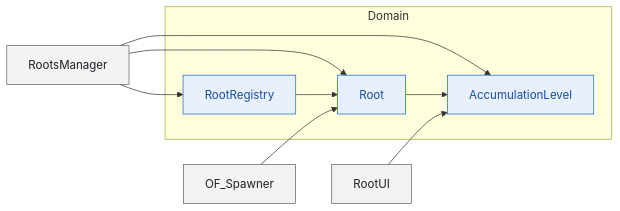
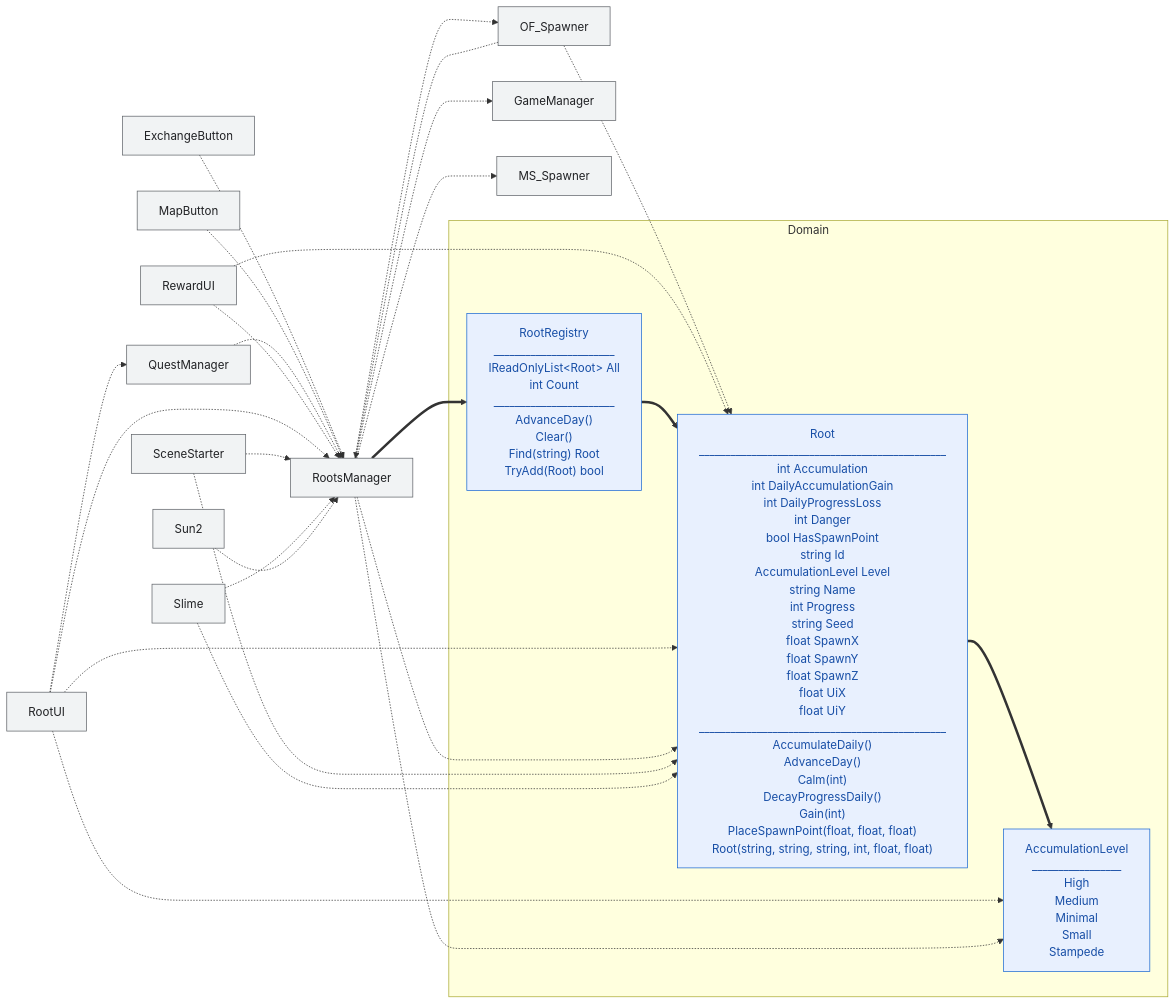
The diagram in docs/dependencies-diagrams/roots.md (hukahirame/memorial-frontland), drawn with Mermaid before and after one commit. The commit also changed other lines of this file and 18 other files, not shown here.

First line of the commit message:
refactor: 現状図を生成物にし、全62型を11の関心事に割り当てる

````diff
--- a/docs/dependencies-diagrams/roots.md
+++ b/docs/dependencies-diagrams/roots.md
@@ -10,23 +12,49 @@
 ```mermaid
 graph LR
   subgraph Domain
-    RootRegistry
-    Root
-    AccumulationLevel
+    AccumulationLevel["AccumulationLevel<br/>_________________<br/>High<br/>Medium<br/>Minimal<br/>Small<br/>Stampede"]
+    Root["Root<br/>_______________________________________________<br/>int Accumulation<br/>int DailyAccumulationGain<br/>int DailyProgressLoss<br/>int Danger<br/>bool HasSpawnPoint<br/>string Id<br/>AccumulationLevel Level<br/>string Name<br/>int Progress<br/>string Seed<br/>float SpawnX<br/>float SpawnY<br/>float SpawnZ<br/>float UiX<br/>float UiY<br/>_______________________________________________<br/>AccumulateDaily()<br/>AdvanceDay()<br/>Calm(int)<br/>DecayProgressDaily()<br/>Gain(int)<br/>PlaceSpawnPoint(float, float, float)<br/>Root(string, string, string, int, float, float)"]
+    RootRegistry["RootRegistry<br/>_______________________<br/>IReadOnlyList&lt;Root&gt; All<br/>int Count<br/>_______________________<br/>AdvanceDay()<br/>Clear()<br/>Find(string) Root<br/>TryAdd(Root) bool"]
   end
+  ExchangeButton
+  GameManager
+  MS_Spawner
+  MapButton
+  OF_Spawner
+  QuestManager
+  RewardUI
+  RootUI
   RootsManager
-  RootUI
-  OF_Spawner
-  RootsManager --> RootRegistry
-  RootsManager --> Root
-  RootsManager --> AccumulationLevel
-  RootUI --> AccumulationLevel
-  OF_Spawner --> Root
-  RootRegistry --> Root
-  Root --> AccumulationLevel
+  SceneStarter
+  Slime
+  Sun2
+  ExchangeButton -.-> RootsManager
+  MapButton -.-> RootsManager
+  OF_Spawner -.-> Root
+  OF_Spawner -.-> RootsManager
+  QuestManager -.-> RootsManager
+  RewardUI -.-> Root
+  RewardUI -.-> RootsManager
+  Root ==> AccumulationLevel
+  RootRegistry ==> Root
+  RootUI -.-> AccumulationLevel
+  RootUI -.-> QuestManager
+  RootUI -.-> Root
+  RootUI -.-> RootsManager
+  RootsManager -.-> AccumulationLevel
+  RootsManager -.-> GameManager
+  RootsManager -.-> MS_Spawner
+  RootsManager -.-> OF_Spawner
+  RootsManager -.-> Root
+  RootsManager ==> RootRegistry
+  SceneStarter -.-> Root
+  SceneStarter -.-> RootsManager
+  Slime -.-> Root
+  Slime -.-> RootsManager
+  Sun2 -.-> RootsManager
   classDef domain fill:#e8f0fe,stroke:#1967d2,color:#174ea6;
   classDef game   fill:#fef7e0,stroke:#b06000,color:#8a5300;
   classDef legacy fill:#f1f3f4,stroke:#5f6368,color:#202124;
-  class RootRegistry,Root,AccumulationLevel domain;
-  class RootsManager,RootUI,OF_Spawner legacy;
+  class AccumulationLevel,Root,RootRegistry domain;
+  class ExchangeButton,GameManager,MS_Spawner,MapButton,OF_Spawner,QuestManager,RewardUI,RootUI,RootsManager,SceneStarter,Slime,Sun2 legacy;
 ```
````
